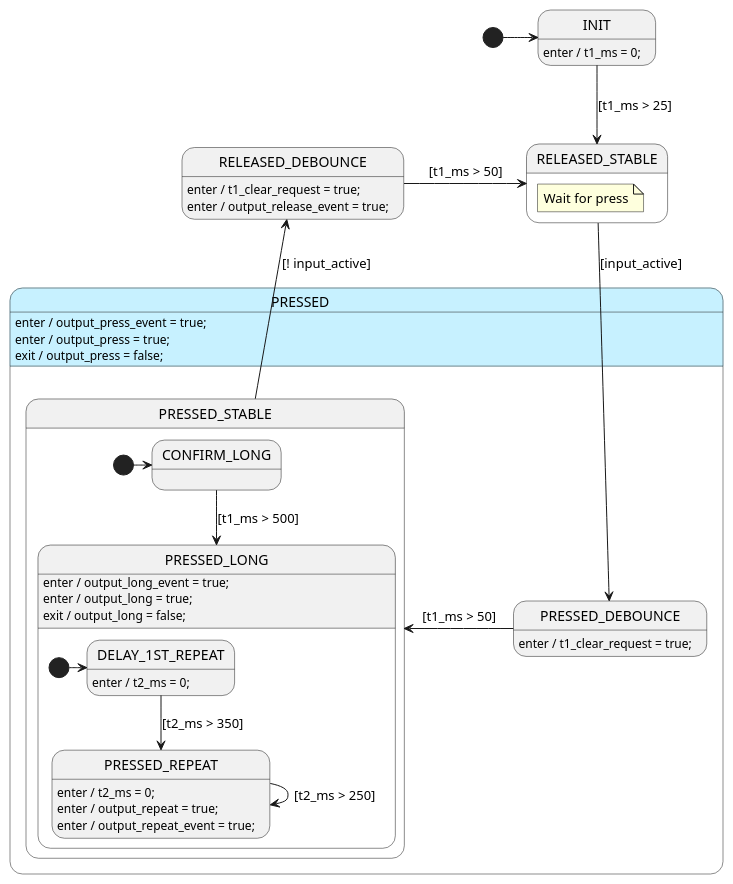
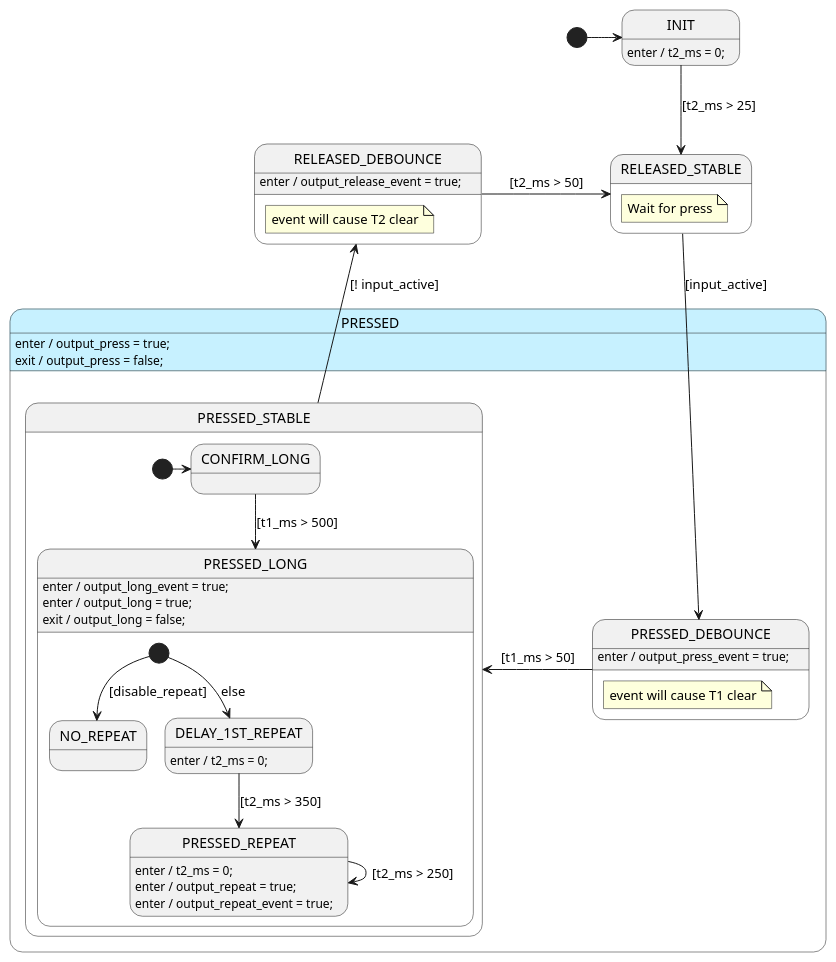
Before and after one commit to adamfk/bespoke-button: the diagram in src/bb2/bb2-c/BeButton2Sm.plantuml, drawn with PlantUML.

```diff
--- a/src/bb2/bb2-c/BeButton2Sm.plantuml
+++ b/src/bb2/bb2-c/BeButton2Sm.plantuml
@@ -1,136 +1,142 @@
 @startuml BeButton2Sm
 
 ' /////////////////////////// Styles ////////////////////////////////
 ' Define some colors for the states. Totally optional.
 skinparam state {
     ' pressed style:
     BackgroundColor<<press_style>> #c7f1ff
 }
 
 ' //////////////////////// STATE ORGANIZATION ///////////////////////
 ' Note: StateSmith treats state names and events as case insensitive.
 ' More info: https://github.com/StateSmith/StateSmith/wiki/PlantUML
 
 state INIT
 
-state RELEASED_DEBOUNCE
+state RELEASED_DEBOUNCE {
+    note "event will cause T2 clear" as N1
+}
 state RELEASED_STABLE {
     note "Wait for press" as N1
 }
 
 state PRESSED <<press_style>> {
-    state PRESSED_DEBOUNCE
+    state PRESSED_DEBOUNCE {
+        note "event will cause T1 clear" as N1
+    }
     state PRESSED_STABLE {
         [*] -> CONFIRM_LONG
         state CONFIRM_LONG
         state PRESSED_LONG {
+            state NO_REPEAT
             state DELAY_1ST_REPEAT
             state PRESSED_REPEAT
-            [*] -> DELAY_1ST_REPEAT
+            [*] --> DELAY_1ST_REPEAT: else
+            [*] --> NO_REPEAT: [disable_repeat]
         }
     }
     ' [*] -> PRESSED_DEBOUNCE
 }
 
 
 [*] -> INIT
 
 
 ' ///////////////////////// STATE HANDLERS /////////////////////////
 ' Syntax: https://github.com/StateSmith/StateSmith/wiki/Behaviors
 
-INIT: enter / t1_ms = 0;
-INIT -down-> RELEASED_STABLE: [t1_ms > 25]
+INIT: enter / t2_ms = 0;
+INIT -down-> RELEASED_STABLE: [t2_ms > 25]
 
 
 '
-PRESSED: enter / output_press_event = true;
 PRESSED: enter / output_press = true;
 PRESSED: exit / output_press = false;
 
 ' Wait for debounce time and then go to stable state.
-RELEASED_DEBOUNCE: enter / t1_clear_request = true;
 RELEASED_DEBOUNCE: enter / output_release_event = true;
-RELEASED_DEBOUNCE -right-> RELEASED_STABLE: [t1_ms > 50]
+RELEASED_DEBOUNCE -right-> RELEASED_STABLE: [t2_ms > 50]
 
 ' Button is released. Wait for button press.
 RELEASED_STABLE -down-> PRESSED_DEBOUNCE: [input_active]
 
 ' Wait for debounce time and then go to stable state.
-PRESSED_DEBOUNCE: enter / t1_clear_request = true;
+PRESSED_DEBOUNCE: enter / output_press_event = true;
 PRESSED_DEBOUNCE -> PRESSED_STABLE: [t1_ms > 50]
 
 ' Button is pressed. Wait for button release.
 PRESSED_STABLE -up-> RELEASED_DEBOUNCE: [! input_active]
 
 ' Button is still pressed. Wait for long press time.
 CONFIRM_LONG --> PRESSED_LONG: [t1_ms > 500]
 
 ' Button has been pressed for a long time.
 ' Transition to repeat state if button remains pressed long enough.
 PRESSED_LONG: enter / output_long_event = true;
 PRESSED_LONG: enter / output_long = true;
 PRESSED_LONG: exit / output_long = false;
 
 DELAY_1ST_REPEAT: enter / t2_ms = 0;
 DELAY_1ST_REPEAT --> PRESSED_REPEAT: [t2_ms > 350]
 
 ' Keep setting the button repeat event every 250 ms.
 PRESSED_REPEAT: enter / t2_ms = 0;
 PRESSED_REPEAT: enter / output_repeat = true;
 PRESSED_REPEAT: enter / output_repeat_event = true;
 PRESSED_REPEAT --> PRESSED_REPEAT: [t2_ms > 250]
 
 
 ' //////////////////////// StateSmith config ////////////////////////
 ' The below special comment block sets the StateSmith configuration.
 ' More info: https://github.com/StateSmith/StateSmith/issues/335
 
 /'! $CONFIG : toml
 SmRunnerSettings.transpilerId = "C99"
 
 RenderConfig.C.HFileIncludes = """
     #include <stdint.h> // for fixed width integer state machine variables below
     """
 RenderConfig.AutoExpandedVars = """
     //////////////////////////////////////////
     // INPUTS
     //////////////////////////////////////////
 
     // you need to add your loop time to this variable in your main loop.
     // max time is 65535 ms.
     uint16_t t1_ms;
 
     // you need to add your loop time to this variable in your main loop.
     // max time is 65535 ms.
     uint16_t t2_ms;
 
     // set to 1 when button is detected as active.
     uint8_t input_active: 1;
-    
+
+    // set to 1 to disable repeat events.
+    // the repeat state uses t2
+    uint8_t disable_repeat: 1;
+
     //////////////////////////////////////////
     // OUTPUTS
     //////////////////////////////////////////
 
     // read and clear event flags in your main loop.
     uint8_t output_release_event: 1;
     uint8_t output_press_event: 1;
     uint8_t output_long_event: 1;
     uint8_t output_repeat_event: 1;
 
     // read these flags in your main loop, but don't clear them.
     // they are cleared automatically.
     uint8_t output_press: 1;
     uint8_t output_long: 1;
     // uint8_t output_repeat: 1;
 
-    // when set, you should clear t1_ms in your main loop and then set this to false.
-    uint8_t t1_clear_request: 1;
 
     """
 
 # Uncomment the below line to potentially save a byte or two of RAM per state machine
 # by telling GCC to use the smallest enumeration integer type possible.
 RenderConfig.C.CEnumDeclarer = "typedef enum __attribute__((packed)) {enumName}"
 '/
 @enduml
```
